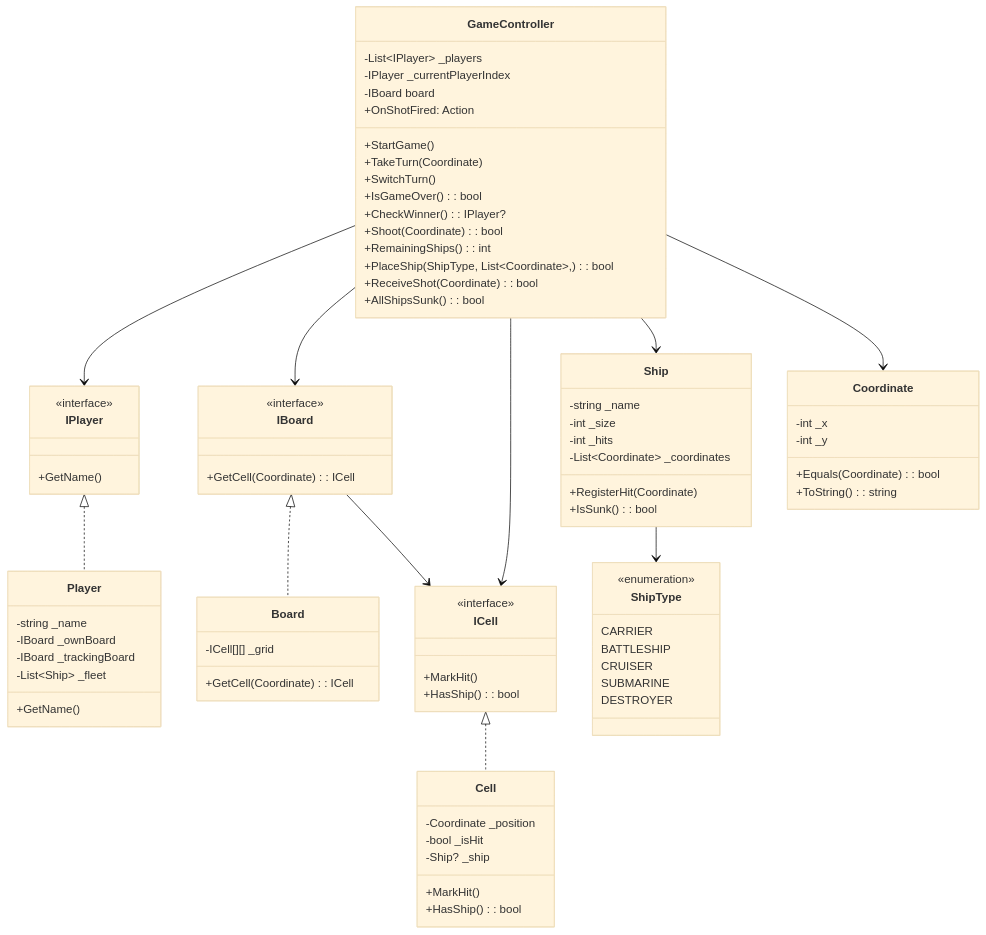
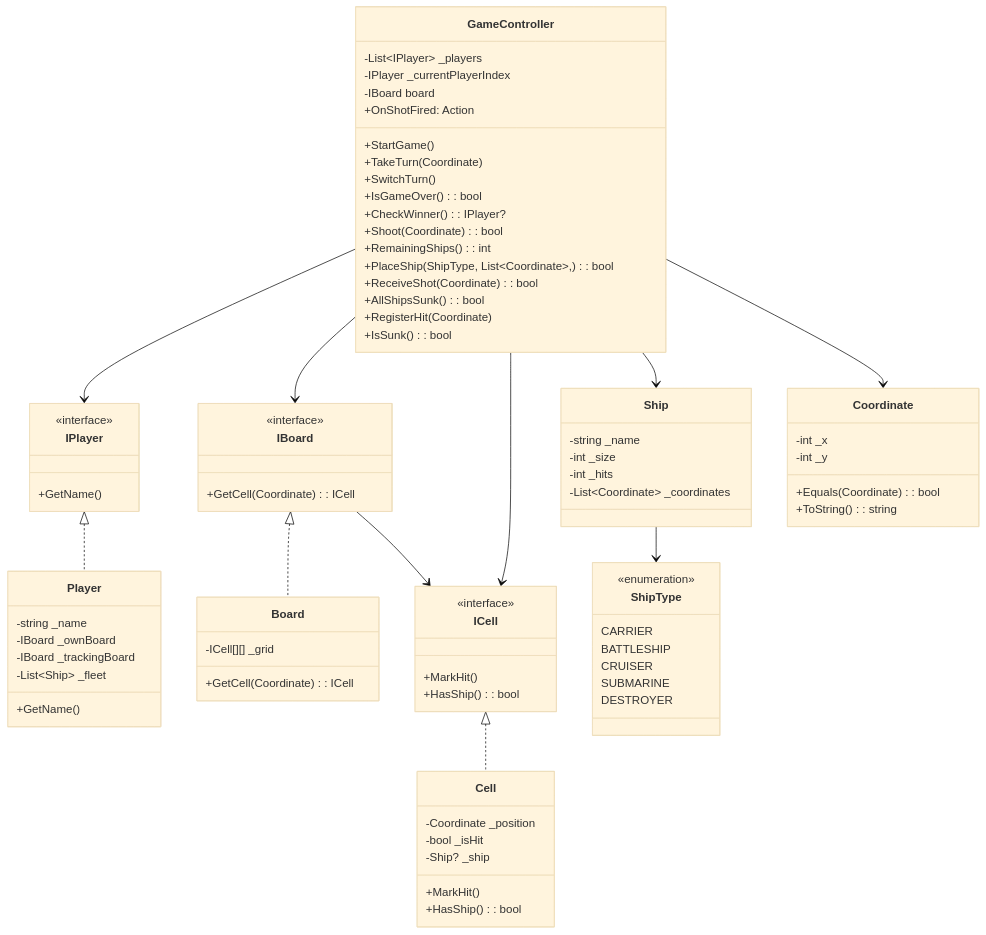
Before and after one commit to rifrifai/bootcamp: the diagram in Quiz/Battleship5.mmd, drawn with Mermaid (base theme). The commit also changed other lines of this file, not shown here.

```diff
--- a/Quiz/Battleship5.mmd
+++ b/Quiz/Battleship5.mmd
@@ -1,105 +1,105 @@
 classDiagram
 
   %% ==== Interfaces ====
   class IPlayer {
     <<interface>>
     +GetName()
   }
 
   class IBoard {
     <<interface>>
     +GetCell(Coordinate): ICell
 
   }
 
   class ICell {
     <<interface>>
     +MarkHit()
     +HasShip(): bool
   }
 
   %% ==== Implementations ====
   class Player {
     -string _name
     -IBoard _ownBoard
     -IBoard _trackingBoard
     -List~Ship~ _fleet
     +GetName()
   }
 
   class Board {
     -ICell[][] _grid
     +GetCell(Coordinate): ICell
   }
 
   class Cell {
     -Coordinate _position
     -bool _isHit
     -Ship? _ship
     +MarkHit()
     +HasShip(): bool
   }
 
   class ShipType {
     CARRIER
     BATTLESHIP
     CRUISER
     SUBMARINE
     DESTROYER
     <<enumeration>>
   }
 
   %% ==== Core Classes ====
   class GameController {
     -List~IPlayer~ _players
     -IPlayer _currentPlayerIndex
     -IBoard board
     +StartGame()
     +TakeTurn(Coordinate)
     +SwitchTurn()
     +IsGameOver(): bool
     +CheckWinner(): IPlayer?
     +OnShotFired: Action<IPlayer, Coordinate, bool>
     +Shoot(Coordinate): bool
     +RemainingShips(): int
     +PlaceShip(ShipType, List~Coordinate~, ): bool
     +ReceiveShot(Coordinate): bool
     +AllShipsSunk(): bool
+    +RegisterHit(Coordinate)
+    +IsSunk(): bool
   }
 
   class Ship {
     -string _name
     -int _size
     -int _hits
     -List~Coordinate~ _coordinates
-    +RegisterHit(Coordinate)
-    +IsSunk(): bool
   }
 
   class Coordinate {
     -int _x
     -int _y
     +Equals(Coordinate): bool
     +ToString(): string
   }
 
   %% ==== Relationships ====
   GameController --> IPlayer
   GameController --> IBoard
   GameController --> ICell
   GameController --> Ship
   GameController --> Coordinate
   IPlayer <|.. Player
   IBoard <|.. Board
   ICell <|.. Cell
   Ship --> ShipType
   IBoard --> ICell
 
   %% Player --> IBoard
 
   %% Board --> ICell
 
   %% Board --> Ship
   %% Ship --> Coordinate
   %% Cell --> Coordinate
   %% Cell --> Ship
```
